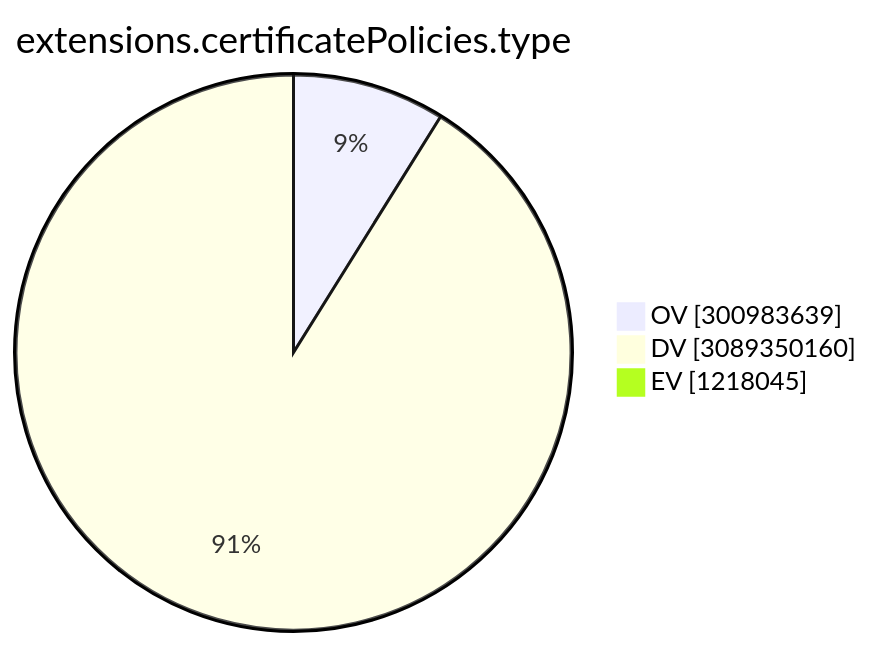
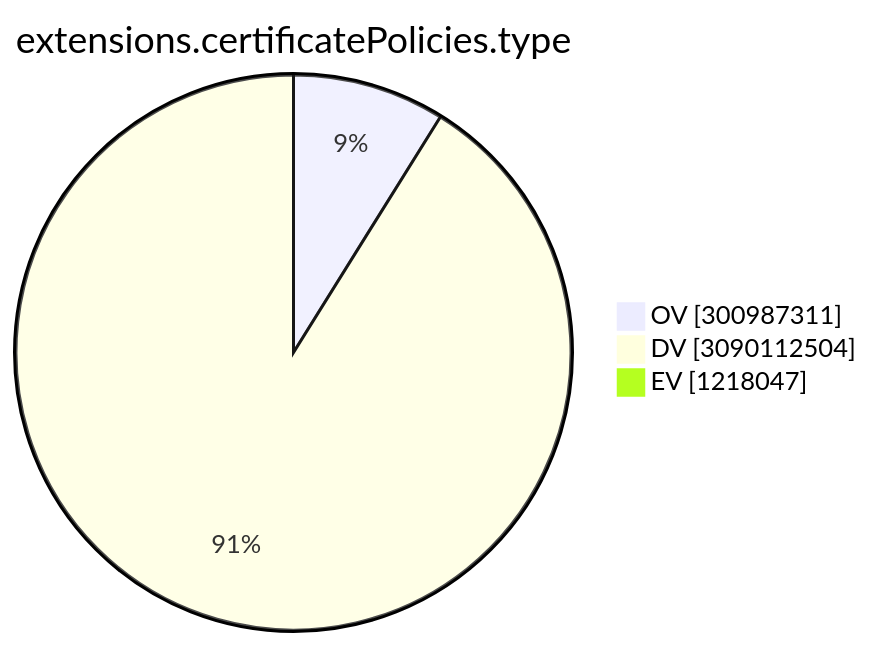
Before and after one commit to christiankrug/ctmonitor_visualization: the ninth of 15 diagrams in TOTAL/README.md, drawn with Mermaid. The commit also changed other lines of this file, not shown here.

````diff
--- a/TOTAL/README.md
+++ b/TOTAL/README.md
@@ -3103,7 +3103,7 @@
 ```mermaid
 pie showData
 title extensions.certificatePolicies.type
-"OV" :300983639
-"DV" :3089350160
-"EV" :1218045
+"OV" :300987311
+"DV" :3090112504
+"EV" :1218047
 ```
````
